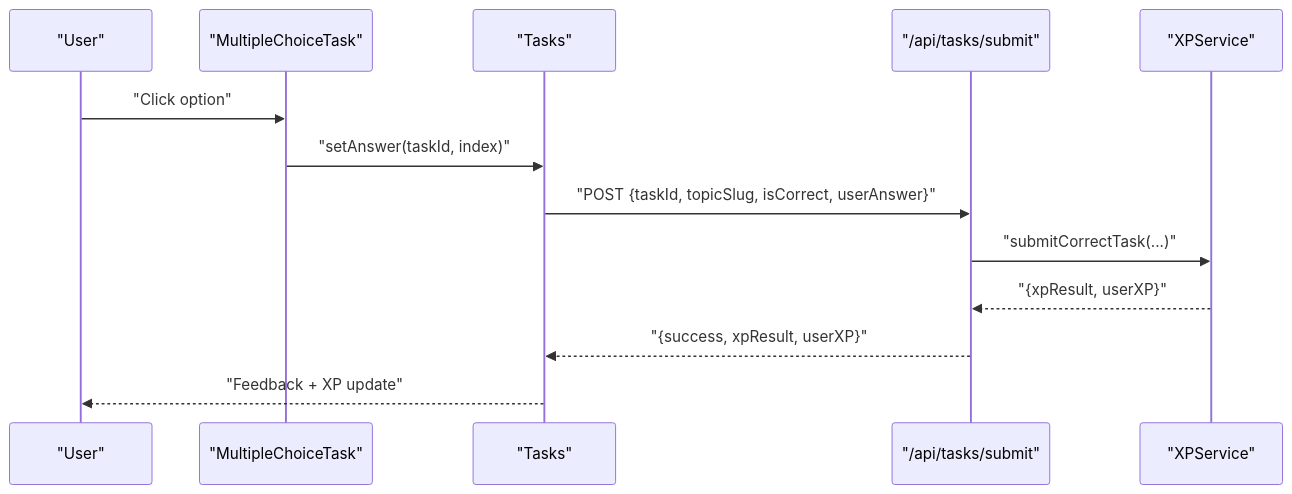
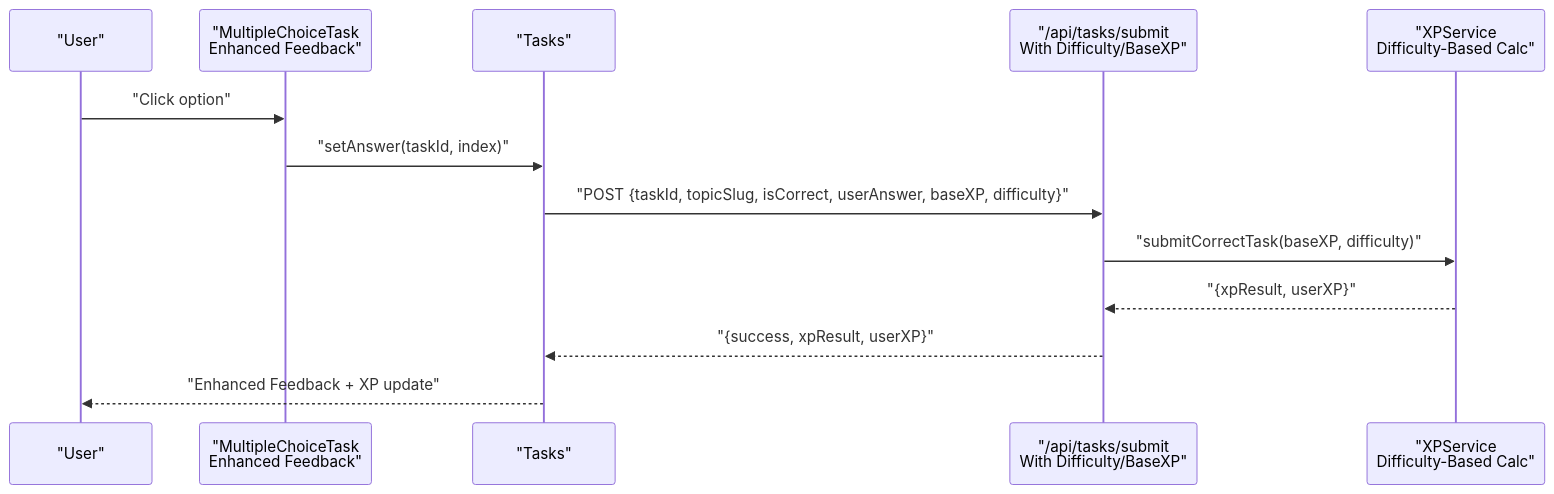
One commit to AlexKutz/math-app-next-js changed the second of 5 diagrams in .qoder/repowiki/en/content/Core Features/Learning Interface/Multiple Choice Tasks.md. Above: the diagram before and after it, drawn with Mermaid. The commit also changed other lines of this file and 9 other files, not shown here.

````diff
--- a/.qoder/repowiki/en/content/Core Features/Learning Interface/Multiple Choice Tasks.md
+++ b/.qoder/repowiki/en/content/Core Features/Learning Interface/Multiple Choice Tasks.md
@@ -122,15 +134,15 @@
 ```mermaid
 sequenceDiagram
 participant U as "User"
-participant MC as "MultipleChoiceTask"
+participant MC as "MultipleChoiceTask<br/>Enhanced Feedback"
 participant TS as "Tasks"
-participant API as "/api/tasks/submit"
-participant SVC as "XPService"
+participant API as "/api/tasks/submit<br/>With Difficulty/BaseXP"
+participant SVC as "XPService<br/>Difficulty-Based Calc"
 U->>MC : "Click option"
 MC->>TS : "setAnswer(taskId, index)"
-TS->>API : "POST {taskId, topicSlug, isCorrect, userAnswer}"
-API->>SVC : "submitCorrectTask(...)"
+TS->>API : "POST {taskId, topicSlug, isCorrect, userAnswer, baseXP, difficulty}"
+API->>SVC : "submitCorrectTask(baseXP, difficulty)"
 SVC-->>API : "{xpResult, userXP}"
 API-->>TS : "{success, xpResult, userXP}"
-TS-->>U : "Feedback + XP update"
+TS-->>U : "Enhanced Feedback + XP update"
 ```
````
